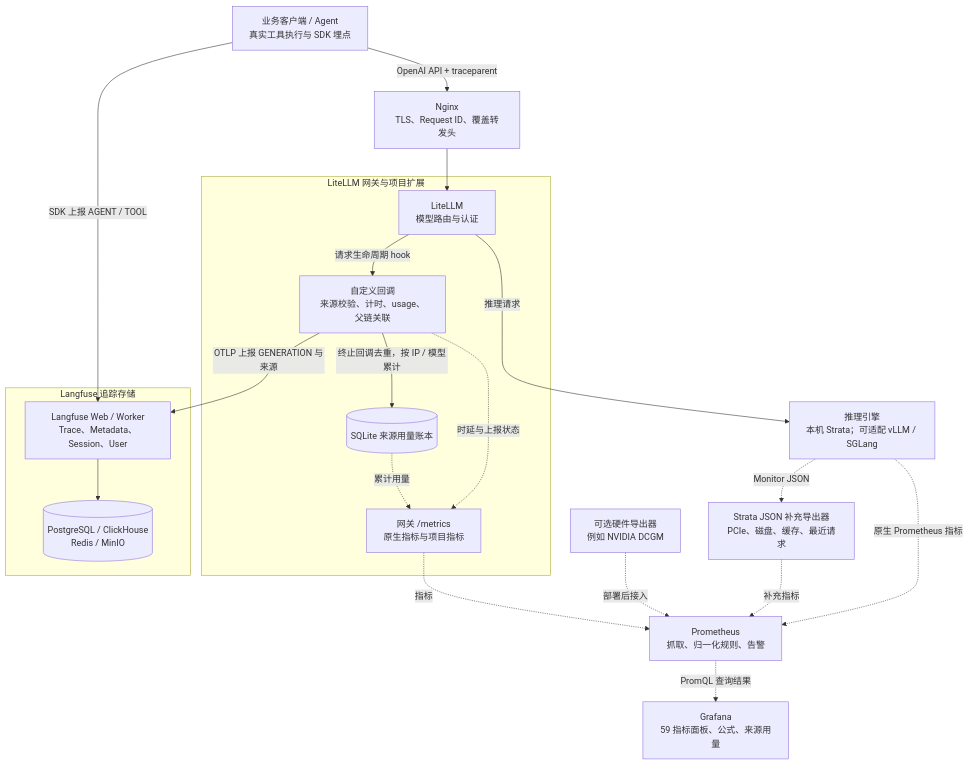
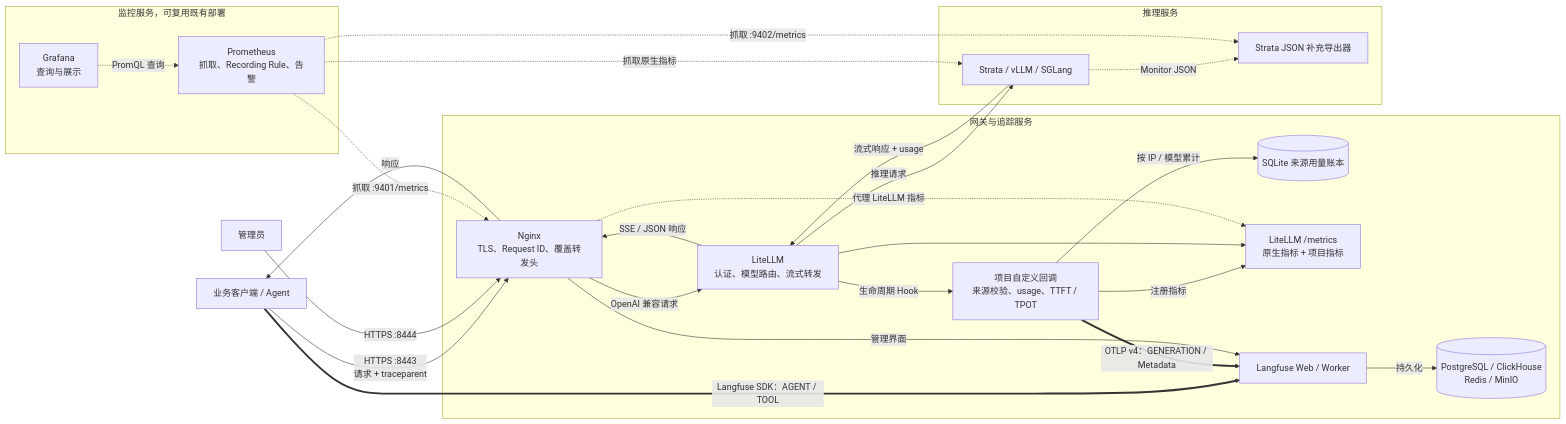
Before and after one commit to tyloryang/litellm-langfuse-monitoring: the diagram in README.md, drawn with Mermaid. The commit also changed other lines of this file, not shown here.

````diff
--- a/README.md
+++ b/README.md
@@ -23,40 +33,50 @@
 ```mermaid
-flowchart TB
-    A["业务客户端 / Agent<br/>真实工具执行与 SDK 埋点"]
-    N["Nginx<br/>TLS、Request ID、覆盖转发头"]
-    E["推理引擎<br/>本机 Strata；可适配 vLLM / SGLang"]
+flowchart LR
+    U["业务客户端 / Agent"]
+    A["管理员"]
 
-    subgraph GW["LiteLLM 网关与项目扩展"]
-        L["LiteLLM<br/>模型路由与认证"]
-        C["自定义回调<br/>来源校验、计时、usage、父链关联"]
-        U[("SQLite 来源用量账本")]
-        M["网关 /metrics<br/>原生指标与项目指标"]
-        L -->|"请求生命周期 hook"| C
-        C -->|"终止回调去重，按 IP / 模型累计"| U
-        C -.->|"时延与上报状态"| M
-        U -.->|"累计用量"| M
+    subgraph VM1["网关与追踪服务"]
+        N["Nginx<br/>TLS、Request ID、覆盖转发头"]
+        L["LiteLLM<br/>认证、模型路由、流式转发"]
+        C["项目自定义回调<br/>来源校验、usage、TTFT / TPOT"]
+        Q[("SQLite 来源用量账本")]
+        M["LiteLLM /metrics<br/>原生指标 + 项目指标"]
+        F["Langfuse Web / Worker"]
+        S[("PostgreSQL / ClickHouse<br/>Redis / MinIO")]
+
+        N -->|"OpenAI 兼容请求"| L
+        L -->|"生命周期 Hook"| C
+        C -->|"按 IP / 模型累计"| Q
+        C -->|"注册指标"| M
+        L --> M
+        F -->|"持久化"| S
     end
 
-    subgraph LF["Langfuse 追踪存储"]
-        F["Langfuse Web / Worker<br/>Trace、Metadata、Session、User"]
-        D[("PostgreSQL / ClickHouse<br/>Redis / MinIO")]
-        F --> D
+    subgraph GPU["推理服务"]
+        E["Strata / vLLM / SGLang"]
+        X["Strata JSON 补充导出器"]
     end
 
-    X["Strata JSON 补充导出器<br/>PCIe、磁盘、缓存、最近请求"]
-    H["可选硬件导出器<br/>例如 NVIDIA DCGM"]
-    P["Prometheus<br/>抓取、归一化规则、告警"]
-    G["Grafana<br/>59 指标面板、公式、来源用量"]
+    subgraph MON["监控服务，可复用既有部署"]
+        P["Prometheus<br/>抓取、Recording Rule、告警"]
+        G["Grafana<br/>查询与展示"]
+    end
 
-    A -->|"OpenAI API + traceparent"| N
-    N --> L
+    U -->|"HTTPS :8443<br/>请求 + traceparent"| N
     L -->|"推理请求"| E
-    A -->|"SDK 上报 AGENT / TOOL"| F
-    C -->|"OTLP 上报 GENERATION 与来源"| F
-    E -.->|"原生 Prometheus 指标"| P
+    E -->|"流式响应 + usage"| L
+    L -->|"SSE / JSON 响应"| N
+    N -->|"响应"| U
+
+    U ==>|"Langfuse SDK：AGENT / TOOL"| F
+    C ==>|"OTLP v4：GENERATION / Metadata"| F
+    A -->|"HTTPS :8444"| N
+    N -->|"管理界面"| F
+
+    P -.->|"抓取 :9401/metrics"| N
+    N -.->|"代理 LiteLLM 指标"| M
+    P -.->|"抓取原生指标"| E
     E -.->|"Monitor JSON"| X
-    X -.->|"补充指标"| P
-    H -.->|"部署后接入"| P
-    M -.->|"指标"| P
-    P -.->|"PromQL 查询结果"| G
+    P -.->|"抓取 :9402/metrics"| X
+    G -.->|"PromQL 查询"| P
 ```
````
